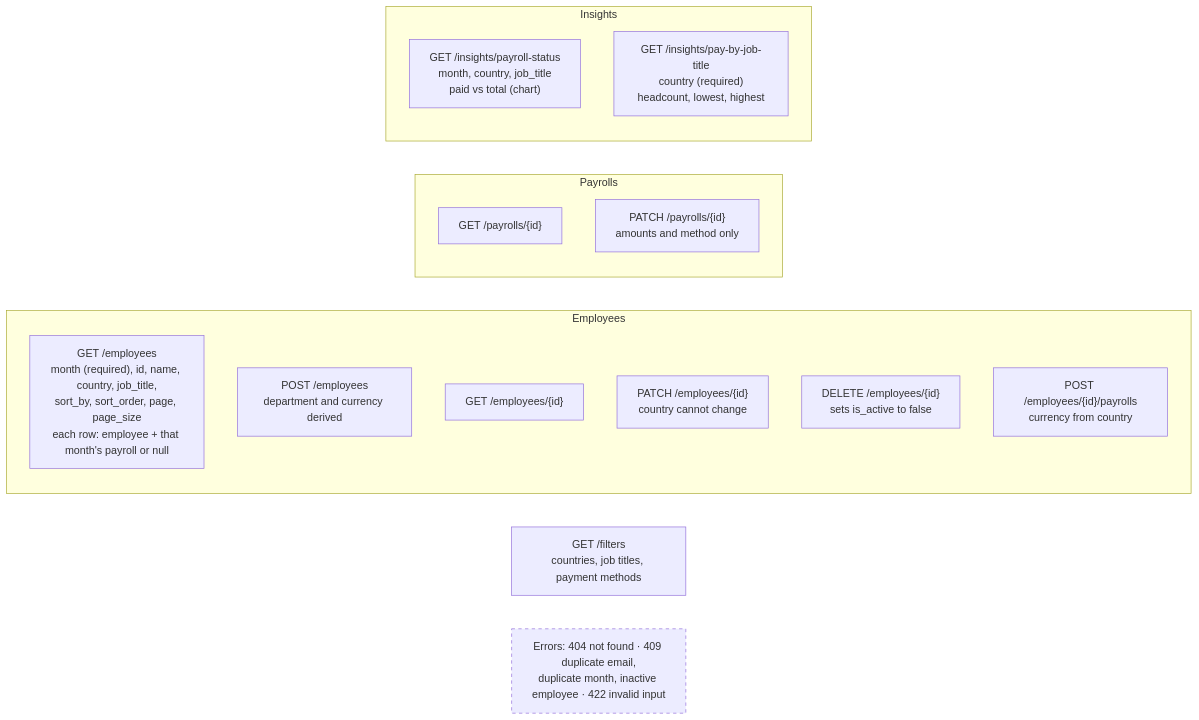
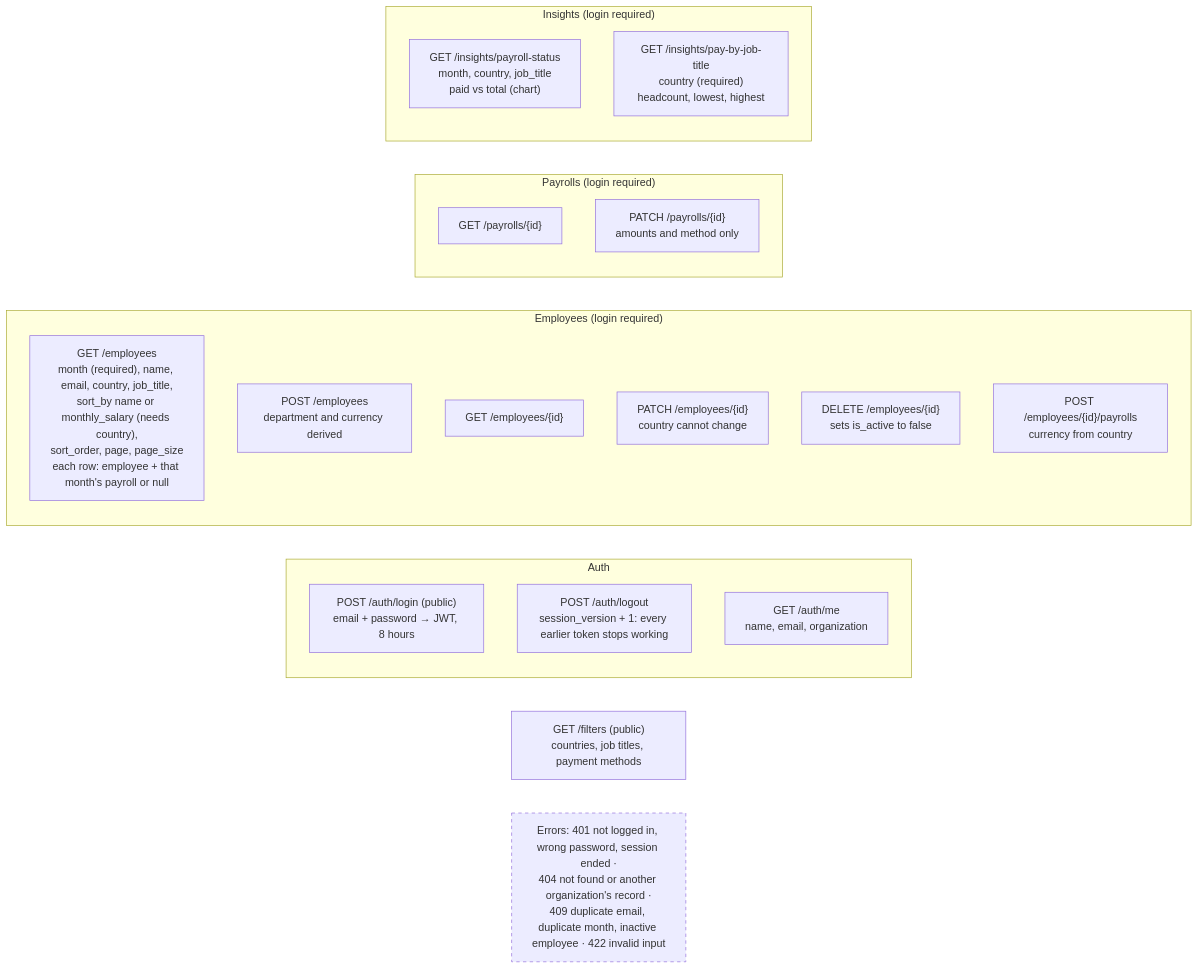
The second of 4 diagrams in artifacts/DIAGRAMS.md (DaX-523/incubyte_salary_mgmt), drawn with Mermaid before and after one commit. The commit also changed other lines of this file and 1 other file, not shown here.

Commit message:
update diagram and add note

````diff
--- a/artifacts/DIAGRAMS.md
+++ b/artifacts/DIAGRAMS.md
@@ -42,27 +66,33 @@
 ```mermaid
 flowchart LR
-    subgraph employees["Employees"]
-        list["GET /employees<br/>month (required), id, name, country, job_title,<br/>sort_by, sort_order, page, page_size<br/>each row: employee + that month's payroll or null"]
+    subgraph auth["Auth"]
+        login["POST /auth/login (public)<br/>email + password → JWT, 8 hours"]
+        logout["POST /auth/logout<br/>session_version + 1: every earlier token stops working"]
+        me["GET /auth/me<br/>name, email, organization"]
+    end
+
+    subgraph employees["Employees (login required)"]
+        list["GET /employees<br/>month (required), name, email, country, job_title,<br/>sort_by name or monthly_salary (needs country),<br/>sort_order, page, page_size<br/>each row: employee + that month's payroll or null"]
         create["POST /employees<br/>department and currency derived"]
         read["GET /employees/{id}"]
         update["PATCH /employees/{id}<br/>country cannot change"]
         deactivate["DELETE /employees/{id}<br/>sets is_active to false"]
         pay["POST /employees/{id}/payrolls<br/>currency from country"]
     end
 
-    subgraph payrolls["Payrolls"]
+    subgraph payrolls["Payrolls (login required)"]
         payroll["GET /payrolls/{id}"]
         correct["PATCH /payrolls/{id}<br/>amounts and method only"]
     end
 
-    subgraph insights["Insights"]
+    subgraph insights["Insights (login required)"]
         status["GET /insights/payroll-status<br/>month, country, job_title<br/>paid vs total (chart)"]
         byTitle["GET /insights/pay-by-job-title<br/>country (required)<br/>headcount, lowest, highest"]
     end
 
-    filters["GET /filters<br/>countries, job titles, payment methods"]
+    filters["GET /filters (public)<br/>countries, job titles, payment methods"]
 
-    errors["Errors: 404 not found · 409 duplicate email,<br/>duplicate month, inactive employee · 422 invalid input"]
+    errors["Errors: 401 not logged in, wrong password, session ended ·<br/>404 not found or another organization's record ·<br/>409 duplicate email, duplicate month, inactive employee · 422 invalid input"]
 
     style errors stroke-dasharray: 5 5
 ```
````
